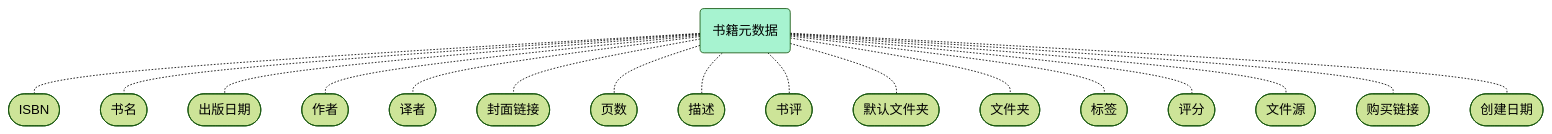
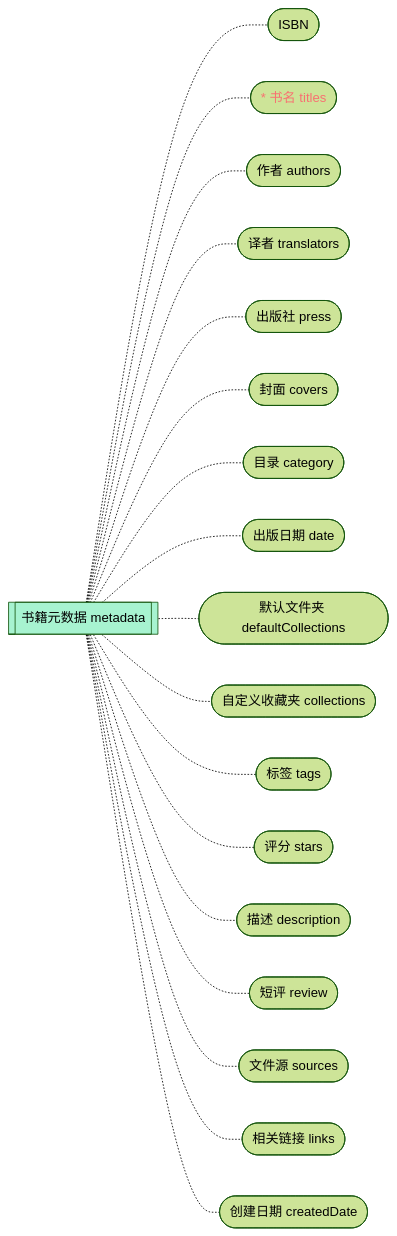
One commit to Benbinbin/BookMate changed the second of 4 diagrams in Database.md. Above: the diagram before and after it, drawn with Mermaid (forest theme). The commit also changed other lines of this file and 17 other files, not shown here.

````diff
--- a/Database.md
+++ b/Database.md
@@ -32,20 +36,22 @@
 ```mermaid
-graph TD
-  metadata(书籍元数据) -.- isbn([ISBN])
-  metadata -.- titles([书名])
-  metadata -.- date([出版日期])
-  metadata -.- authors([作者])
-  metadata -.- translators([译者])
-  metadata -.- covers([封面链接])
-  metadata -.- pagination([页数])
-  metadata -.- description([描述])
-  metadata -.- review([书评])
-  metadata -.- defaultCollections([默认文件夹])
-  metadata -.- collections([文件夹])
-  metadata -.- tags([标签])
-  metadata -.- stars([评分])
-  metadata -.- sources([文件源])
-  metadata -.- links([购买链接])
-  metadata -.- bookCreatedData([创建日期])
+graph LR
+  metadata[[书籍元数据 metadata]] -.- isbn([ISBN])
+  metadata -.- titles([* 书名 titles])
+  style titles color:#F87171
+  metadata -.- authors([作者 authors])
+  metadata -.- translators([译者 translators])
+  metadata -.- press([出版社 press])
+  metadata -.- covers([封面 covers])
+  metadata -.- category([目录 category])
+  metadata -.- date([出版日期 date])
+  metadata -.- defaultCollections([默认文件夹 defaultCollections])
+  metadata -.- collections([自定义收藏夹 collections])
+  metadata -.- tags([标签 tags])
+  metadata -.- stars([评分 stars])
+  metadata -.- description([描述 description])
+  metadata -.- review([短评 review])
+  metadata -.- sources([文件源 sources])
+  metadata -.- links([相关链接 links])
+  metadata -.- createdDate([创建日期 createdDate])
   style metadata fill: #A7F3D0
 ```
````
